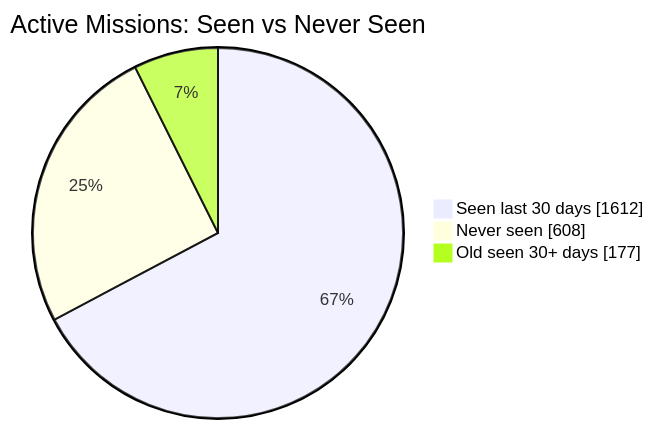
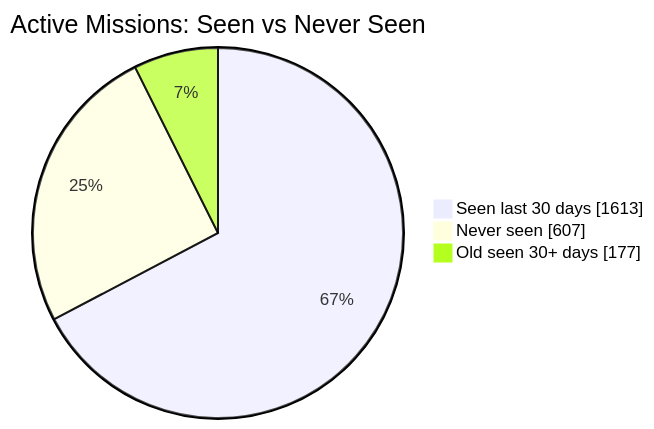
Before and after one commit to MeldkamerspelGameTeam/active-missions: the first of 2 diagrams in README.md, drawn with Mermaid. The commit also changed other lines of this file and 2 other files, not shown here.

````diff
--- a/README.md
+++ b/README.md
@@ -34,7 +34,7 @@
 ```mermaid
 pie showData
     title Active Missions: Seen vs Never Seen
-    "Seen last 30 days" : 1612
-    "Never seen" : 608
+    "Seen last 30 days" : 1613
+    "Never seen" : 607
     "Old seen 30+ days" : 177
 ```
````
